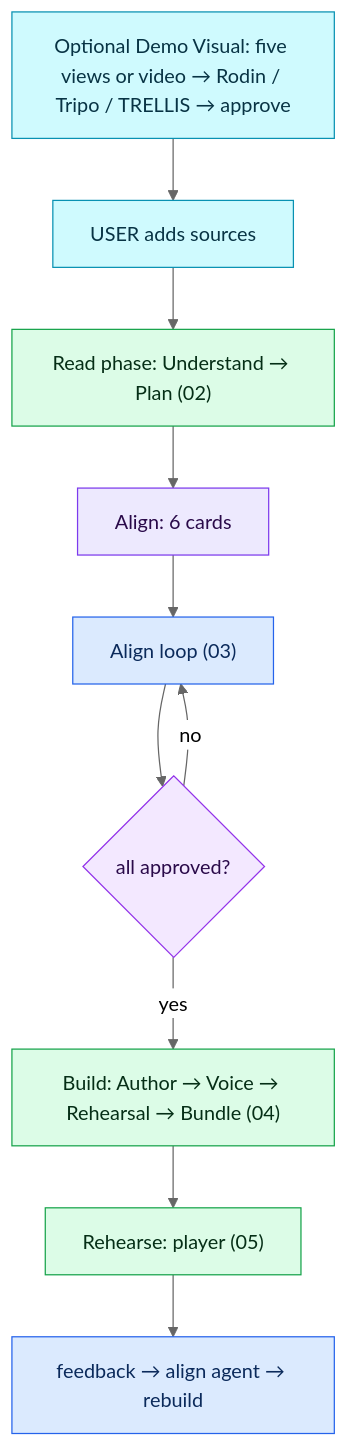
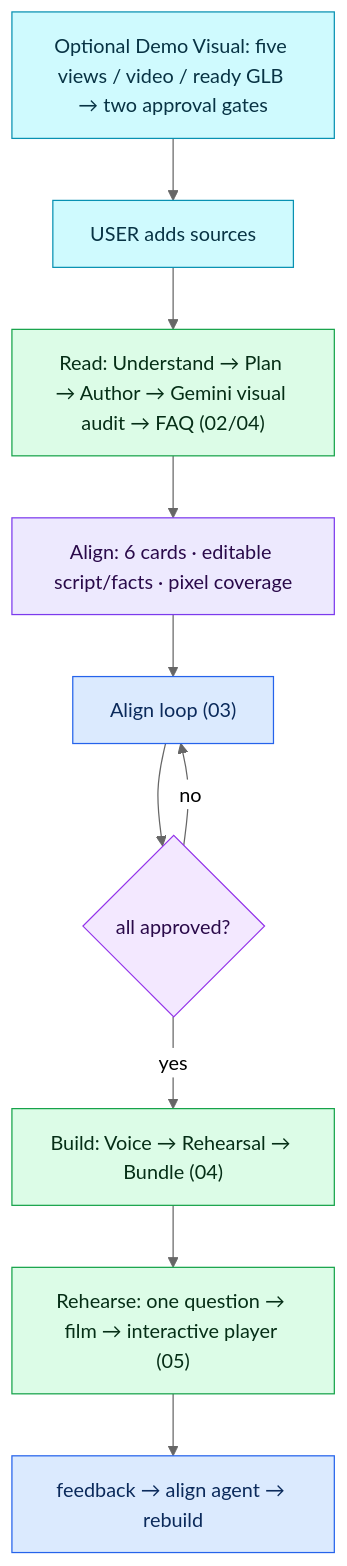
The diagram in docs/ARCHITECTURE_FLOW.md (APareek89/demo-studio), drawn with Mermaid (neutral theme) before and after one commit. The commit also changed other lines of this file and 29 other files, not shown here.

````diff
--- a/docs/ARCHITECTURE_FLOW.md
+++ b/docs/ARCHITECTURE_FLOW.md
@@ -59,12 +64,12 @@
 ```mermaid
 %% see docs/mermaid/01-master.mmd
 flowchart TD
-  V["Optional Demo Visual: five views or video → Rodin / Tripo / TRELLIS → approve"]:::ask --> U["USER adds sources"]:::ask --> READ["Read phase: Understand → Plan (02)"]:::fn --> CARDS["Align: 6 cards"]:::data --> ALIGN["Align loop (03)"]:::agent --> APPR{"all approved?"}:::dec
-  APPR -- "yes" --> BUILD["Build: Author → Voice → Rehearsal → Bundle (04)"]:::fn --> PLAY["Rehearse: player (05)"]:::fn --> FB["feedback → align agent → rebuild"]:::agent
+  V["Optional Demo Visual: five views / video / ready GLB → two approval gates"]:::ask --> U["USER adds sources"]:::ask --> READ["Read: Understand → Plan → Author → Gemini visual audit → FAQ (02/04)"]:::fn --> CARDS["Align: 6 cards · editable script/facts · pixel coverage"]:::data --> ALIGN["Align loop (03)"]:::agent --> APPR{"all approved?"}:::dec
+  APPR -- "yes" --> BUILD["Build: Voice → Rehearsal → Bundle (04)"]:::fn --> PLAY["Rehearse: one question → film → interactive player (05)"]:::fn --> FB["feedback → align agent → rebuild"]:::agent
   APPR -- "no" --> ALIGN
   classDef agent fill:#dbeafe,stroke:#2563eb,color:#0b2a5b;
   classDef fn fill:#dcfce7,stroke:#16a34a,color:#052e16;
   classDef dec fill:#f3e8ff,stroke:#9333ea,color:#2a0a4a;
   classDef data fill:#ede9fe,stroke:#7c3aed,color:#2a0a4a;
   classDef ask fill:#cffafe,stroke:#0891b2,color:#083344;
 ```
````
